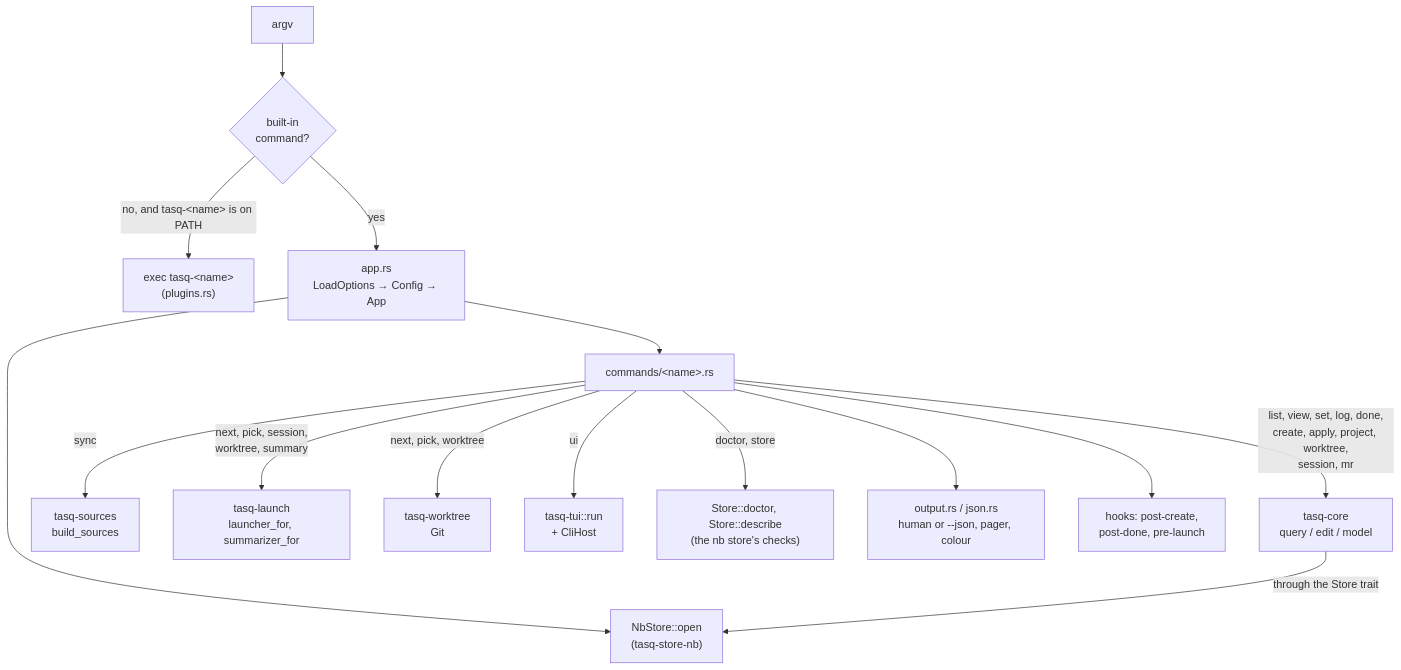
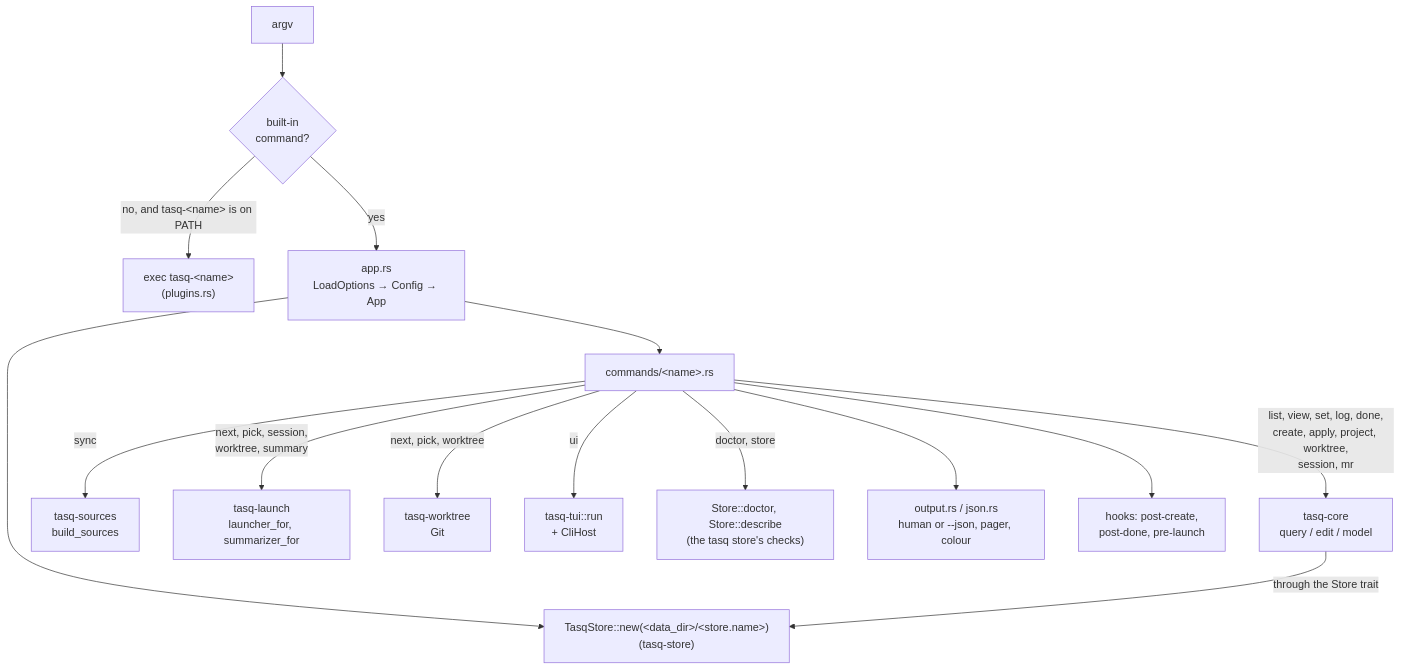
One commit to pauc/tasq changed the sixth of 7 diagrams in docs/architecture.md. Above: the diagram before and after it, drawn with Mermaid. The commit also changed other lines of this file and 64 other files, not shown here.

First line of the commit message:
feat(cli): open the tasq store at <data_dir>/<store.name> (SV-009)

````diff
--- a/docs/architecture.md
+++ b/docs/architecture.md
@@ -343,17 +343,17 @@
 ```mermaid
 flowchart TB
     argv["argv"] --> dispatch{"built-in<br/>command?"}
     dispatch -->|"no, and tasq-&lt;name&gt; is on PATH"| plugin["exec tasq-&lt;name&gt;<br/>(plugins.rs)"]
     dispatch -->|"yes"| app["app.rs<br/>LoadOptions → Config → App"]
-    app --> open["NbStore::open<br/>(tasq-store-nb)"]
+    app --> open["TasqStore::new(&lt;data_dir&gt;/&lt;store.name&gt;)<br/>(tasq-store)"]
     app --> cmd["commands/&lt;name&gt;.rs"]
     cmd -->|"list, view, set, log, done,<br/>create, apply, project, worktree,<br/>session, mr"| core["tasq-core<br/>query / edit / model"]
     cmd -->|"sync"| src["tasq-sources<br/>build_sources"]
     cmd -->|"next, pick, session,<br/>worktree, summary"| lnch["tasq-launch<br/>launcher_for, summarizer_for"]
     cmd -->|"next, pick, worktree"| wt["tasq-worktree<br/>Git"]
     cmd -->|"ui"| tui["tasq-tui::run<br/>+ CliHost"]
-    cmd -->|"doctor, store"| store_doc["Store::doctor, Store::describe<br/>(the nb store's checks)"]
+    cmd -->|"doctor, store"| store_doc["Store::doctor, Store::describe<br/>(the tasq store's checks)"]
     core -->|"through the Store trait"| open
     cmd --> out["output.rs / json.rs<br/>human or --json, pager, colour"]
     cmd --> hooks["hooks: post-create,<br/>post-done, pre-launch"]
 ```
````
